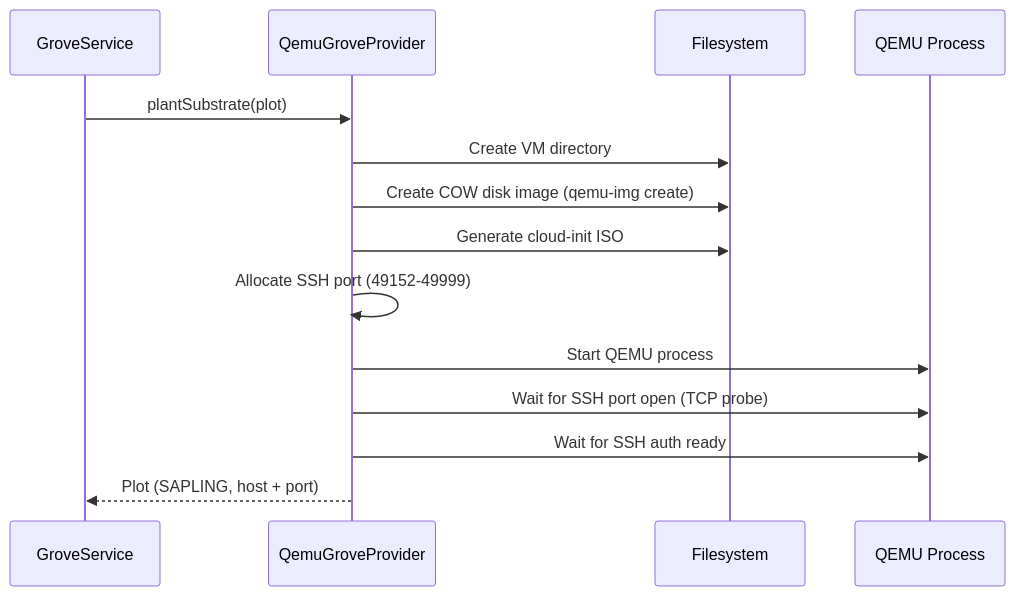
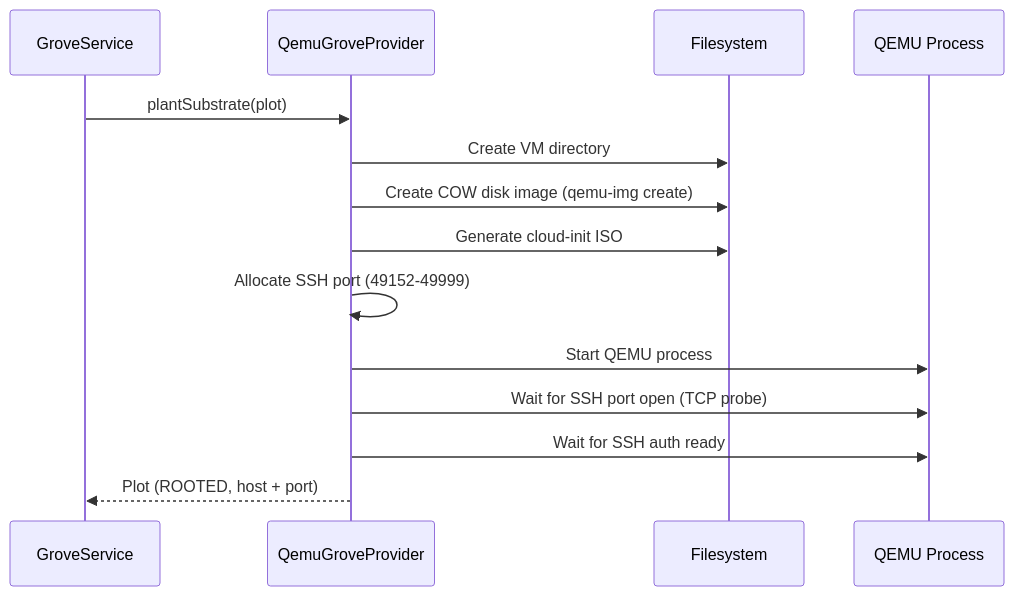
Before and after one commit to orchard-cde/orchard: the fourth of 9 diagrams in docs/architecture/platform-architecture.md, drawn with Mermaid. The commit also changed other lines of this file and 91 other files, not shown here.

````diff
--- a/docs/architecture/platform-architecture.md
+++ b/docs/architecture/platform-architecture.md
@@ -245,17 +247,17 @@
 ```mermaid
 sequenceDiagram
     participant GS as GroveService
     participant QP as QemuGroveProvider
     participant FS as Filesystem
     participant VM as QEMU Process
 
     GS->>QP: plantSubstrate(plot)
     QP->>FS: Create VM directory
     QP->>FS: Create COW disk image (qemu-img create)
     QP->>FS: Generate cloud-init ISO
     QP->>QP: Allocate SSH port (49152-49999)
     QP->>VM: Start QEMU process
     QP->>VM: Wait for SSH port open (TCP probe)
     QP->>VM: Wait for SSH auth ready
-    QP-->>GS: Plot (SAPLING, host + port)
+    QP-->>GS: Plot (ROOTED, host + port)
 ```
````
